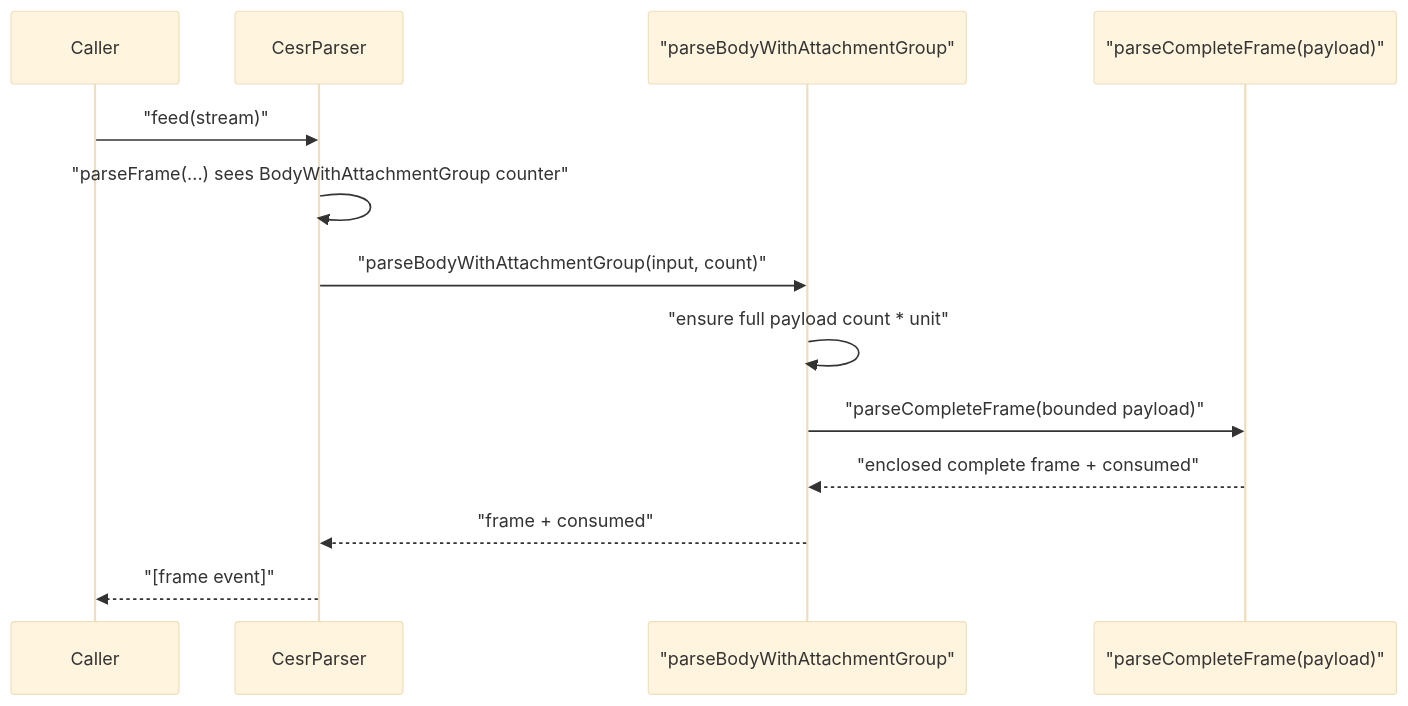
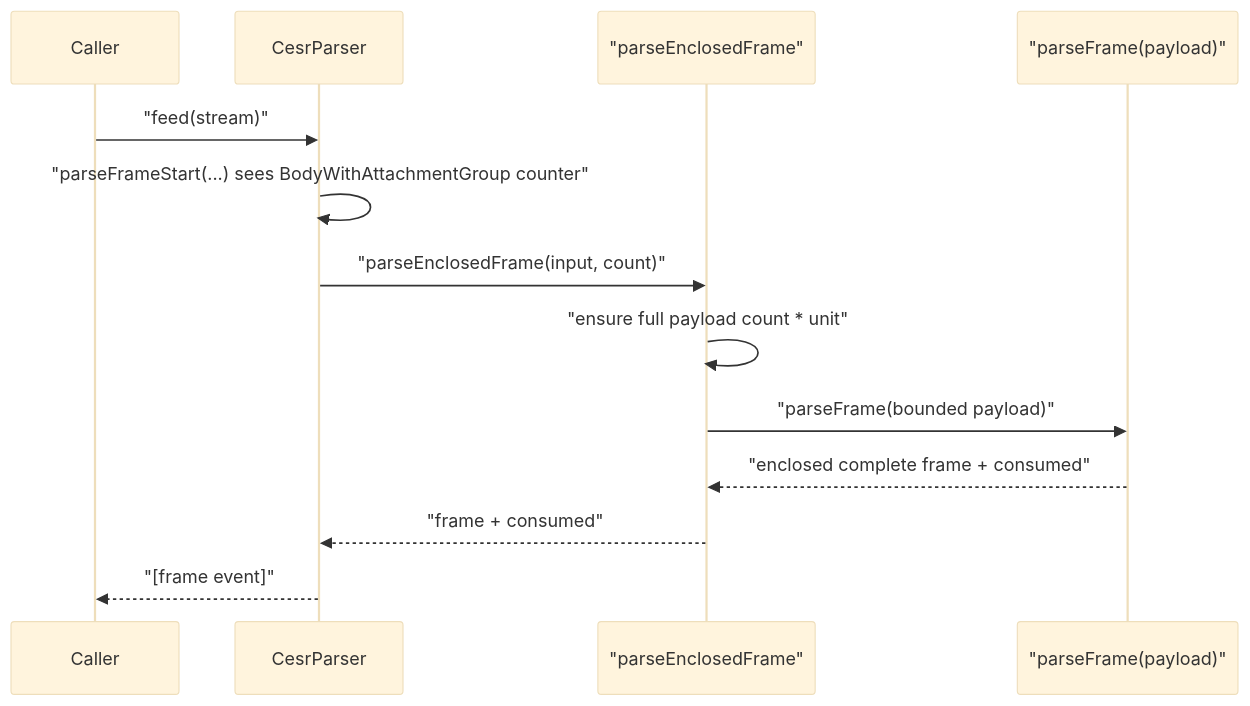
One commit to kentbull/keri-ts changed the seventh of 7 diagrams in docs/design-docs/cesr/CESR_ATOMIC_BOUNDED_PARSER_ARCHITECTURE.md. Above: the diagram before and after it, drawn with Mermaid (base theme). The commit also changed other lines of this file and 6 other files, not shown here.

````diff
--- a/docs/design-docs/cesr/CESR_ATOMIC_BOUNDED_PARSER_ARCHITECTURE.md
+++ b/docs/design-docs/cesr/CESR_ATOMIC_BOUNDED_PARSER_ARCHITECTURE.md
@@ -156,16 +156,16 @@
 ```mermaid
 sequenceDiagram
     participant C as Caller
     participant P as CesrParser
-    participant G as "parseBodyWithAttachmentGroup"
-    participant F as "parseCompleteFrame(payload)"
+    participant G as "parseEnclosedFrame"
+    participant F as "parseFrame(payload)"
 
     C->>P: "feed(stream)"
-    P->>P: "parseFrame(...) sees BodyWithAttachmentGroup counter"
-    P->>G: "parseBodyWithAttachmentGroup(input, count)"
+    P->>P: "parseFrameStart(...) sees BodyWithAttachmentGroup counter"
+    P->>G: "parseEnclosedFrame(input, count)"
     G->>G: "ensure full payload count * unit"
-    G->>F: "parseCompleteFrame(bounded payload)"
+    G->>F: "parseFrame(bounded payload)"
     F-->>G: "enclosed complete frame + consumed"
     G-->>P: "frame + consumed"
     P-->>C: "[frame event]"
 ```
````
